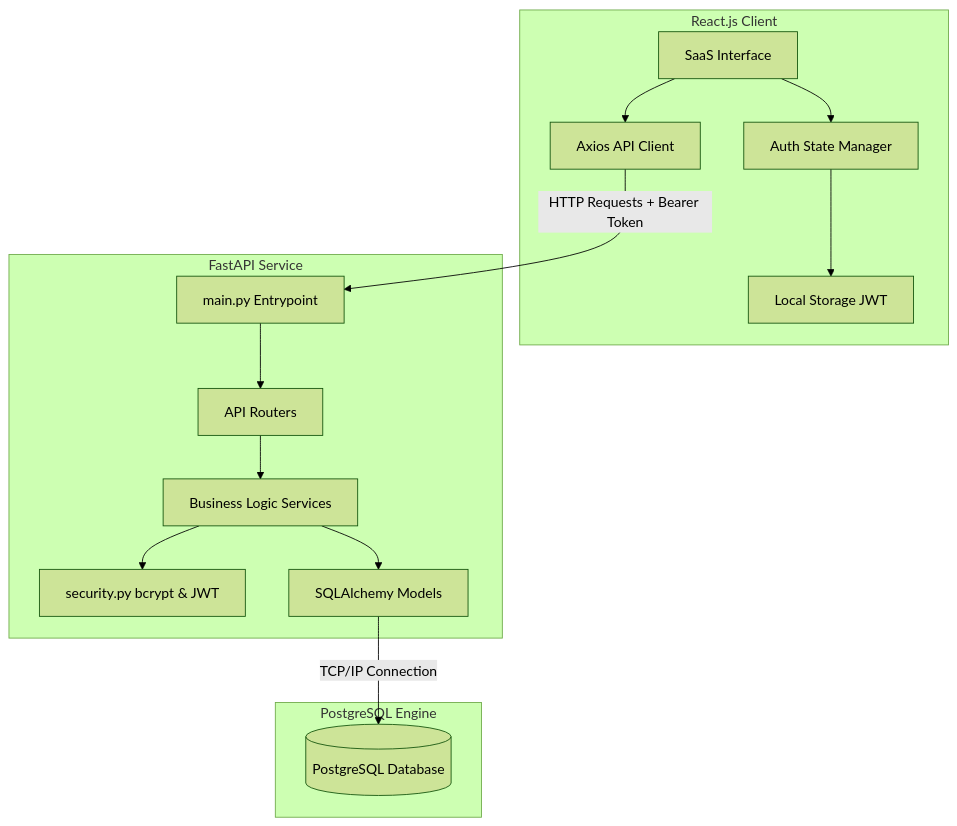
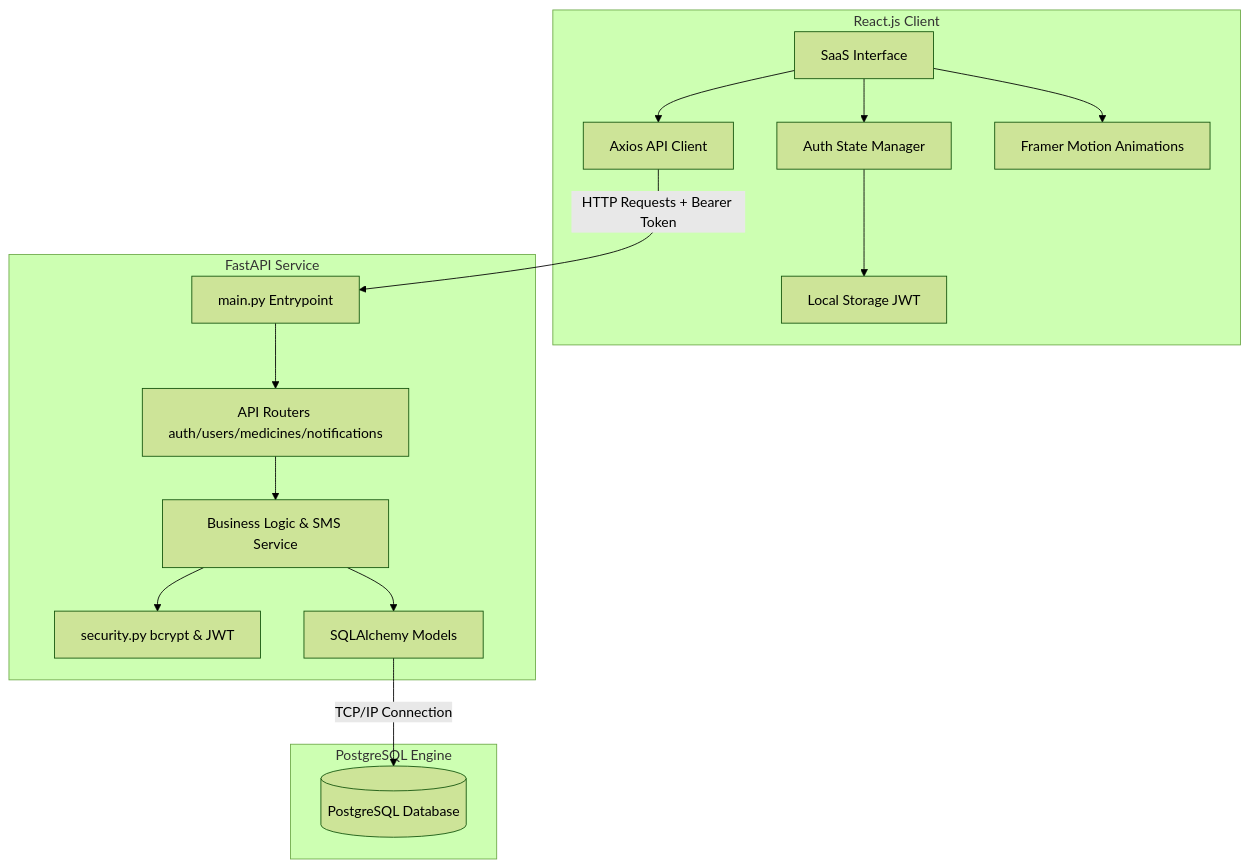
Before and after one commit to sukumar2351/PillSync: the first of 2 diagrams in README.md, drawn with Mermaid (forest theme). The commit also changed other lines of this file, not shown here.

````diff
--- a/README.md
+++ b/README.md
@@ -38,31 +45,33 @@
 ```mermaid
 graph TD
     subgraph Frontend [React.js Client]
         UI[SaaS Interface]
         State[Auth State Manager]
         AxiosClient[Axios API Client]
         Local[Local Storage JWT]
+        Framer[Framer Motion Animations]
     end
 
     subgraph Backend [FastAPI Service]
         App[main.py Entrypoint]
-        Routers[API Routers]
-        Services[Business Logic Services]
+        Routers[API Routers auth/users/medicines/notifications]
+        Services[Business Logic & SMS Service]
         Security[security.py bcrypt & JWT]
         ORM[SQLAlchemy Models]
     end
 
     subgraph Database [PostgreSQL Engine]
         DB[(PostgreSQL Database)]
     end
 
     UI --> State
     State --> Local
     UI --> AxiosClient
+    UI --> Framer
     AxiosClient -->|HTTP Requests + Bearer Token| App
     App --> Routers
     Routers --> Services
     Services --> Security
     Services --> ORM
     ORM -->|TCP/IP Connection| DB
 ```
````
